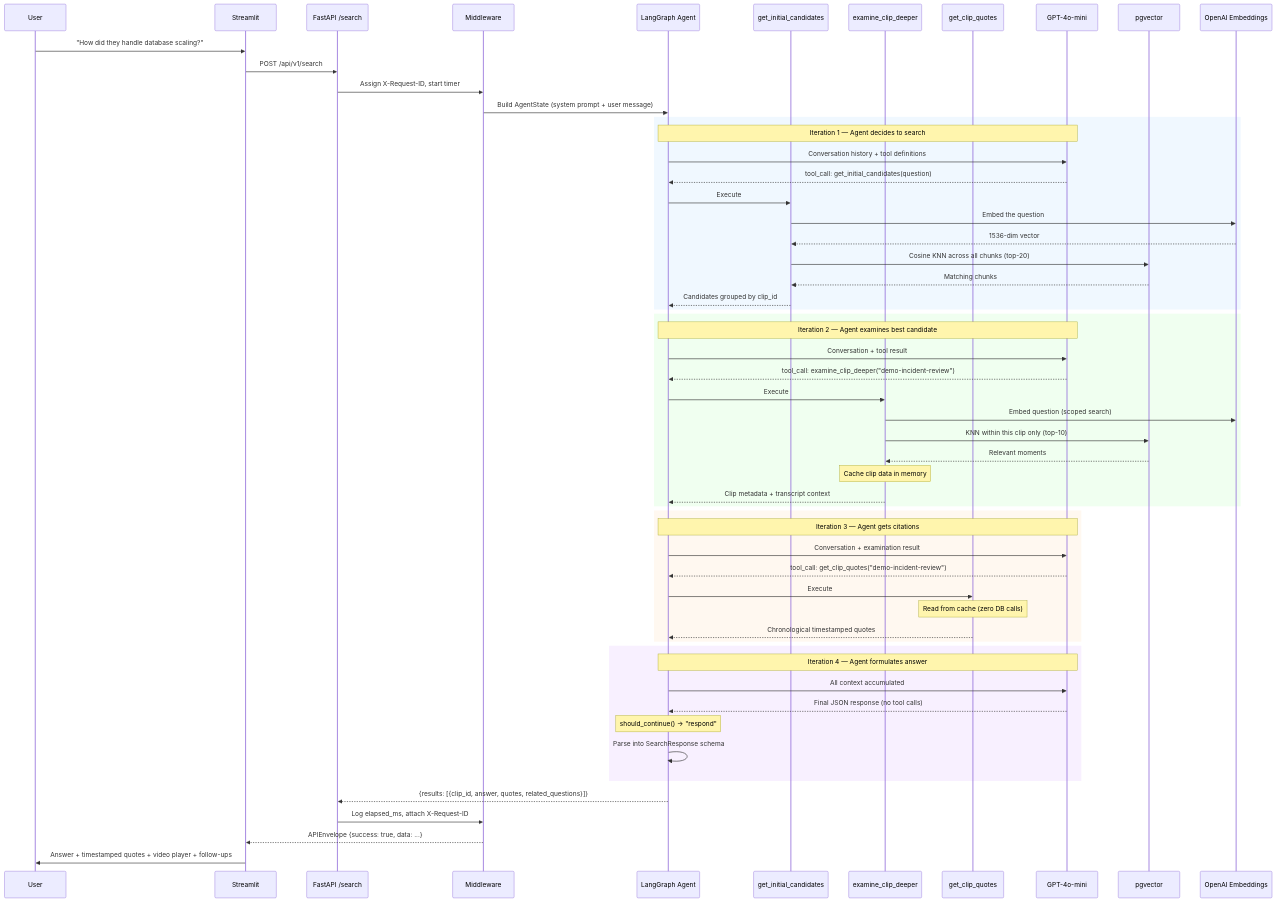
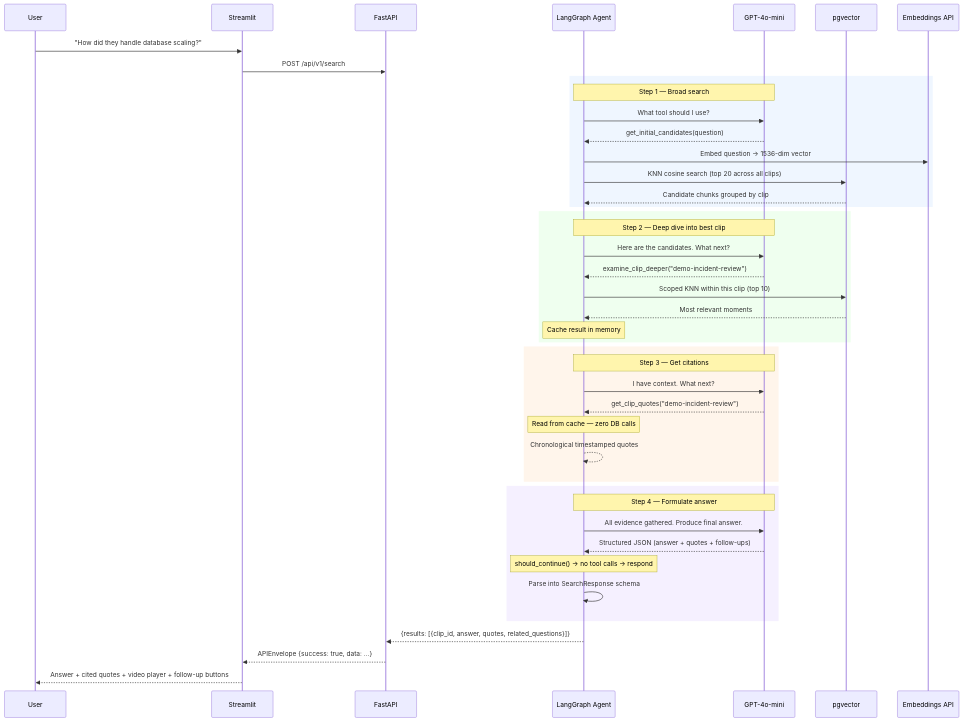
One commit to singhrobin123/semantic-video-search changed the second of 8 diagrams in README.md. Above: the diagram before and after it, drawn with Mermaid. The commit also changed other lines of this file, not shown here.

Commit message:
Improve README: Mermaid diagrams, better readability, collapsible API docs

````diff
--- a/README.md
+++ b/README.md
@@ -144,65 +141,51 @@
 ```mermaid
 sequenceDiagram
     participant U as User
     participant FE as Streamlit
-    participant API as FastAPI /search
-    participant MW as Middleware
+    participant API as FastAPI
     participant AG as LangGraph Agent
-    participant T1 as get_initial_candidates
-    participant T2 as examine_clip_deeper
-    participant T3 as get_clip_quotes
     participant LLM as GPT-4o-mini
     participant DB as pgvector
-    participant EMB as OpenAI Embeddings
+    participant EMB as Embeddings API
 
     U->>FE: "How did they handle database scaling?"
     FE->>API: POST /api/v1/search
-    API->>MW: Assign X-Request-ID, start timer
-    MW->>AG: Build AgentState (system prompt + user message)
 
-    rect rgb(240, 248, 255)
-        Note over AG,LLM: Iteration 1 — Agent decides to search
-        AG->>LLM: Conversation history + tool definitions
-        LLM-->>AG: tool_call: get_initial_candidates(question)
-        AG->>T1: Execute
-        T1->>EMB: Embed the question
-        EMB-->>T1: 1536-dim vector
-        T1->>DB: Cosine KNN across all chunks (top-20)
-        DB-->>T1: Matching chunks
-        T1-->>AG: Candidates grouped by clip_id
+    rect rgb(239, 246, 255)
+        Note over AG,LLM: Step 1 — Broad search
+        AG->>LLM: What tool should I use?
+        LLM-->>AG: get_initial_candidates(question)
+        AG->>EMB: Embed question → 1536-dim vector
+        AG->>DB: KNN cosine search (top 20 across all clips)
+        DB-->>AG: Candidate chunks grouped by clip
     end
 
-    rect rgb(240, 255, 240)
-        Note over AG,LLM: Iteration 2 — Agent examines best candidate
-        AG->>LLM: Conversation + tool result
-        LLM-->>AG: tool_call: examine_clip_deeper("demo-incident-review")
-        AG->>T2: Execute
-        T2->>EMB: Embed question (scoped search)
-        T2->>DB: KNN within this clip only (top-10)
-        DB-->>T2: Relevant moments
-        Note over T2: Cache clip data in memory
-        T2-->>AG: Clip metadata + transcript context
+    rect rgb(239, 255, 239)
+        Note over AG,LLM: Step 2 — Deep dive into best clip
+        AG->>LLM: Here are the candidates. What next?
+        LLM-->>AG: examine_clip_deeper("demo-incident-review")
+        AG->>DB: Scoped KNN within this clip (top 10)
+        DB-->>AG: Most relevant moments
+        Note over AG: Cache result in memory
     end
 
-    rect rgb(255, 248, 240)
-        Note over AG,LLM: Iteration 3 — Agent gets citations
-        AG->>LLM: Conversation + examination result
-        LLM-->>AG: tool_call: get_clip_quotes("demo-incident-review")
-        AG->>T3: Execute
-        Note over T3: Read from cache (zero DB calls)
-        T3-->>AG: Chronological timestamped quotes
+    rect rgb(255, 245, 235)
+        Note over AG,LLM: Step 3 — Get citations
+        AG->>LLM: I have context. What next?
+        LLM-->>AG: get_clip_quotes("demo-incident-review")
+        Note over AG: Read from cache — zero DB calls
+        AG-->>AG: Chronological timestamped quotes
     end
 
-    rect rgb(248, 240, 255)
-        Note over AG,LLM: Iteration 4 — Agent formulates answer
-        AG->>LLM: All context accumulated
-        LLM-->>AG: Final JSON response (no tool calls)
-        Note over AG: should_continue() → "respond"
+    rect rgb(245, 240, 255)
+        Note over AG,LLM: Step 4 — Formulate answer
+        AG->>LLM: All evidence gathered. Produce final answer.
+        LLM-->>AG: Structured JSON (answer + quotes + follow-ups)
+        Note over AG: should_continue() → no tool calls → respond
         AG->>AG: Parse into SearchResponse schema
     end
 
     AG-->>API: {results: [{clip_id, answer, quotes, related_questions}]}
-    API->>MW: Log elapsed_ms, attach X-Request-ID
-    MW-->>FE: APIEnvelope {success: true, data: ...}
-    FE->>U: Answer + timestamped quotes + video player + follow-ups
+    API-->>FE: APIEnvelope {success: true, data: ...}
+    FE-->>U: Answer + cited quotes + video player + follow-up buttons
 ```
````
